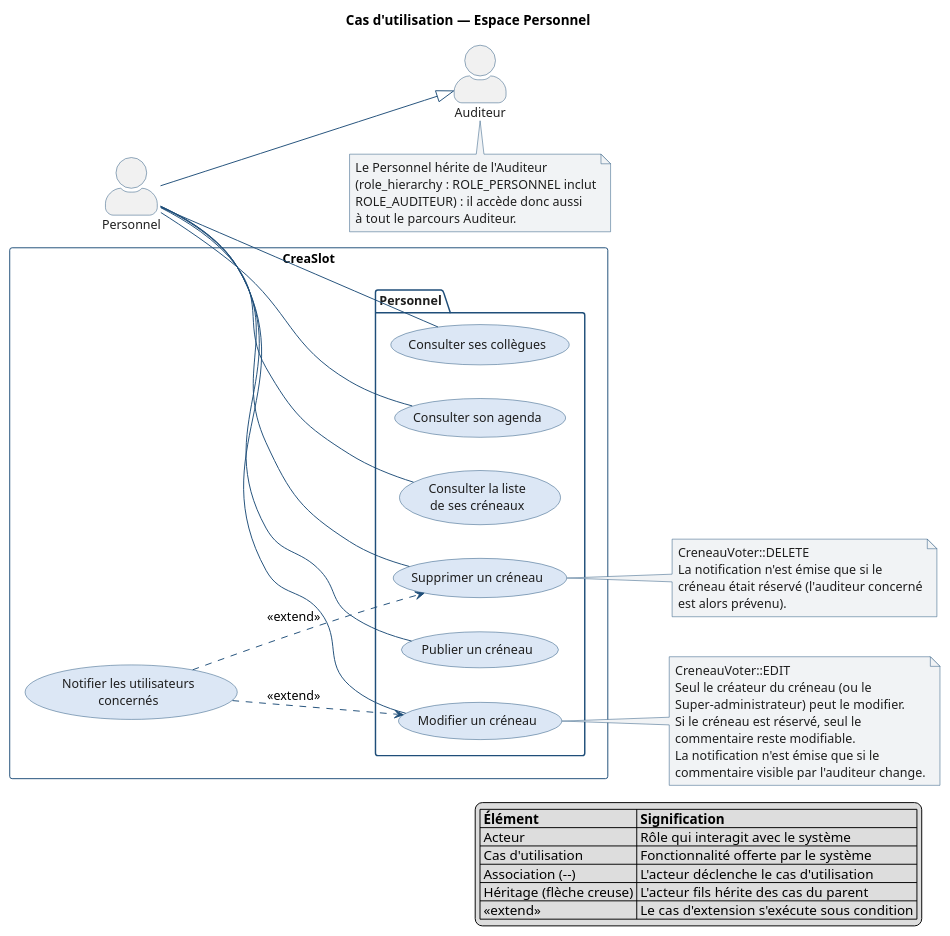
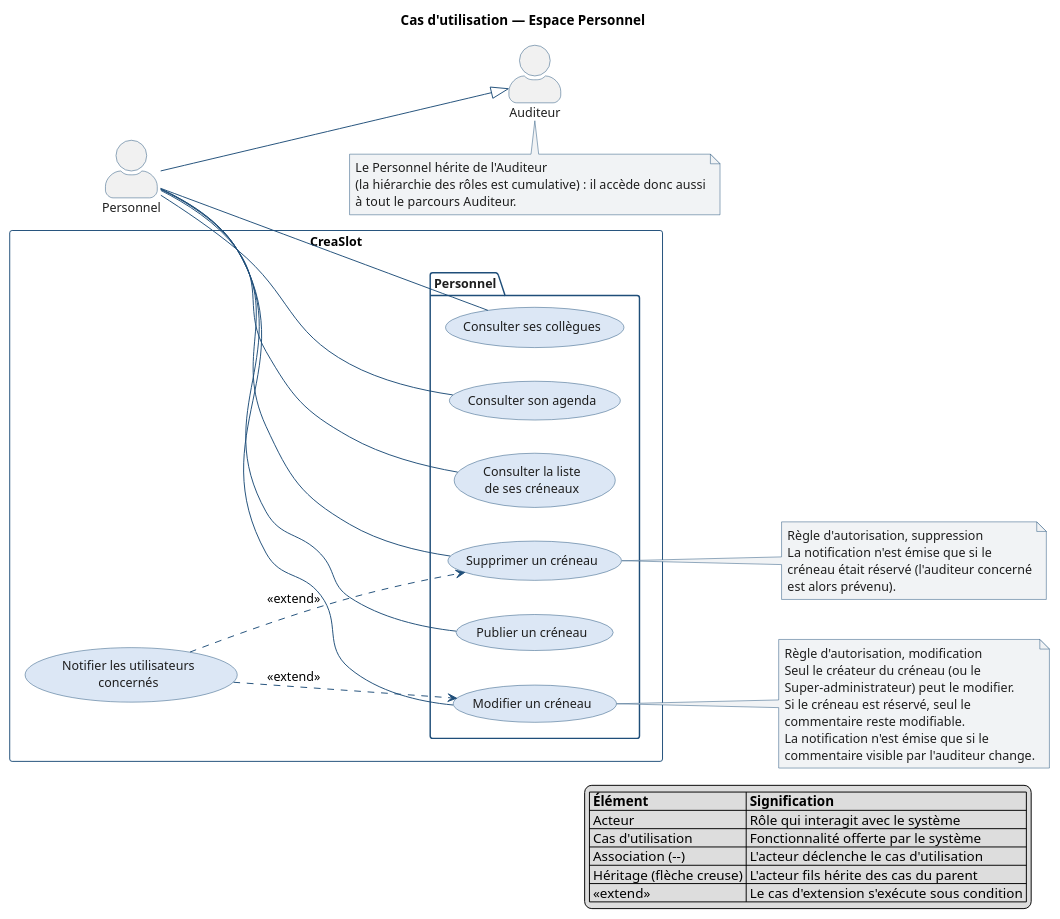
Before and after one commit to sgahovey/creaslot: the diagram in docs/conception/diagrammes/cas-utilisation-3-personnel.puml, drawn with PlantUML. The commit also changed 49 other files, not shown here.

First line of the commit message:
docs(conception): regroupe les diagrammes et captures

```diff
--- a/docs/conception/diagrammes/cas-utilisation-3-personnel.puml
+++ b/docs/conception/diagrammes/cas-utilisation-3-personnel.puml
@@ -1,127 +1,126 @@
 @startuml cas-utilisation-3-personnel
 ' =====================================================================
 ' CreaSlot — Cas d'utilisation 3/4 : espace Personnel
 '
 ' Fidele au code : routes protegees par #[IsGranted('ROLE_PERSONNEL')]
 ' au niveau des classes de src/Controller/Personnel/, completees par des
 ' autorisations contextuelles via CreneauVoter.
 '
 ' Heritage conforme a la role_hierarchy reelle
 ' (config/packages/security.yaml) :
 '     ROLE_PERSONNEL: [ROLE_AUDITEUR]
 ' Le Personnel HERITE de l'Auditeur : un membre du Personnel dispose aussi
 ' des droits Auditeur et peut donc reserver un creneau. Ce n'est pas une
 ' branche parallele, mais bien une chaine d'heritage.
 '
 ' Sources : CreneauController, CollegueController.
 ' Endpoints JSON techniques exclus (api_creneaux_personnel,
 ' api_creneaux_next_reserved : alimentation du calendrier FullCalendar).
 ' =====================================================================
 
 left to right direction
 skinparam shadowing false
 skinparam actorStyle awesome
 skinparam defaultFontName Helvetica
 skinparam defaultFontSize 13
 skinparam usecase {
   BorderColor #1F4E79
   BackgroundColor #DCE7F5
   FontColor #1E1E1E
 }
 skinparam actor {
   BorderColor #1F4E79
   FontColor #1E1E1E
 }
 skinparam participant {
   BorderColor #1F4E79
   BackgroundColor #DCE7F5
   FontColor #1E1E1E
 }
 skinparam sequence {
   ArrowColor #1F4E79
   LifeLineBorderColor #1F4E79
   GroupBorderColor #1F4E79
 }
 skinparam package {
   BorderColor #1F4E79
   FontColor #1E1E1E
 }
 skinparam note {
   BorderColor #1F4E79
   BackgroundColor #F1F3F5
   FontColor #1E1E1E
 }
 
 title Cas d'utilisation — Espace Personnel
 
 actor "Auditeur" as AUDITEUR
 actor "Personnel" as PERSONNEL
 
 PERSONNEL --|> AUDITEUR
 
 rectangle CreaSlot {
 
     package "Personnel" {
         usecase "Consulter son agenda"                as UC_AGENDA
         usecase "Consulter la liste\nde ses créneaux" as UC_CRENEAU_LISTE
         usecase "Publier un créneau"                  as UC_CRENEAU_NOUVEAU
         usecase "Modifier un créneau"                 as UC_CRENEAU_MODIFIER
         usecase "Supprimer un créneau"                as UC_CRENEAU_SUPPRIMER
         usecase "Consulter ses collègues"             as UC_COLLEGUES
     }
 
     usecase "Notifier les utilisateurs\nconcernés" as UC_NOTIFIER
 }
 
 ' Associations — Personnel (ROLE_PERSONNEL)
 PERSONNEL -- UC_AGENDA
 PERSONNEL -- UC_CRENEAU_LISTE
 PERSONNEL -- UC_CRENEAU_NOUVEAU
 PERSONNEL -- UC_CRENEAU_MODIFIER
 PERSONNEL -- UC_CRENEAU_SUPPRIMER
 PERSONNEL -- UC_COLLEGUES
 
 ' Extend — la notification est CONDITIONNELLE (relation <<extend>> : le cas
 ' d'extension pointe vers le cas de base).
 ' Suppression : notifierAuditeurSuppressionCreneau() declenchee UNIQUEMENT
 ' si le creneau etait reserve.
 UC_NOTIFIER ..> UC_CRENEAU_SUPPRIMER : <<extend>>
 
 ' Modification : notifierAuditeurCommentaireCreneau() declenchee UNIQUEMENT
 ' si le creneau est reserve ET que le commentaire visible par l'auditeur change.
 UC_NOTIFIER ..> UC_CRENEAU_MODIFIER : <<extend>>
 
 note right of UC_CRENEAU_MODIFIER
-  CreneauVoter::EDIT
+  Règle d'autorisation, modification
   Seul le créateur du créneau (ou le
   Super-administrateur) peut le modifier.
   Si le créneau est réservé, seul le
   commentaire reste modifiable.
   La notification n'est émise que si le
   commentaire visible par l'auditeur change.
 end note
 
 note right of UC_CRENEAU_SUPPRIMER
-  CreneauVoter::DELETE
+  Règle d'autorisation, suppression
   La notification n'est émise que si le
   créneau était réservé (l'auditeur concerné
   est alors prévenu).
 end note
 
 note bottom of AUDITEUR
   Le Personnel hérite de l'Auditeur
-  (role_hierarchy : ROLE_PERSONNEL inclut
-  ROLE_AUDITEUR) : il accède donc aussi
+  (la hiérarchie des rôles est cumulative) : il accède donc aussi
   à tout le parcours Auditeur.
 end note
 
 legend right
   | **Élément** | **Signification** |
   | Acteur | Rôle qui interagit avec le système |
   | Cas d'utilisation | Fonctionnalité offerte par le système |
   | Association (--) | L'acteur déclenche le cas d'utilisation |
   | Héritage (flèche creuse) | L'acteur fils hérite des cas du parent |
   | <<extend>> | Le cas d'extension s'exécute sous condition |
 endlegend
 
 @enduml
```
